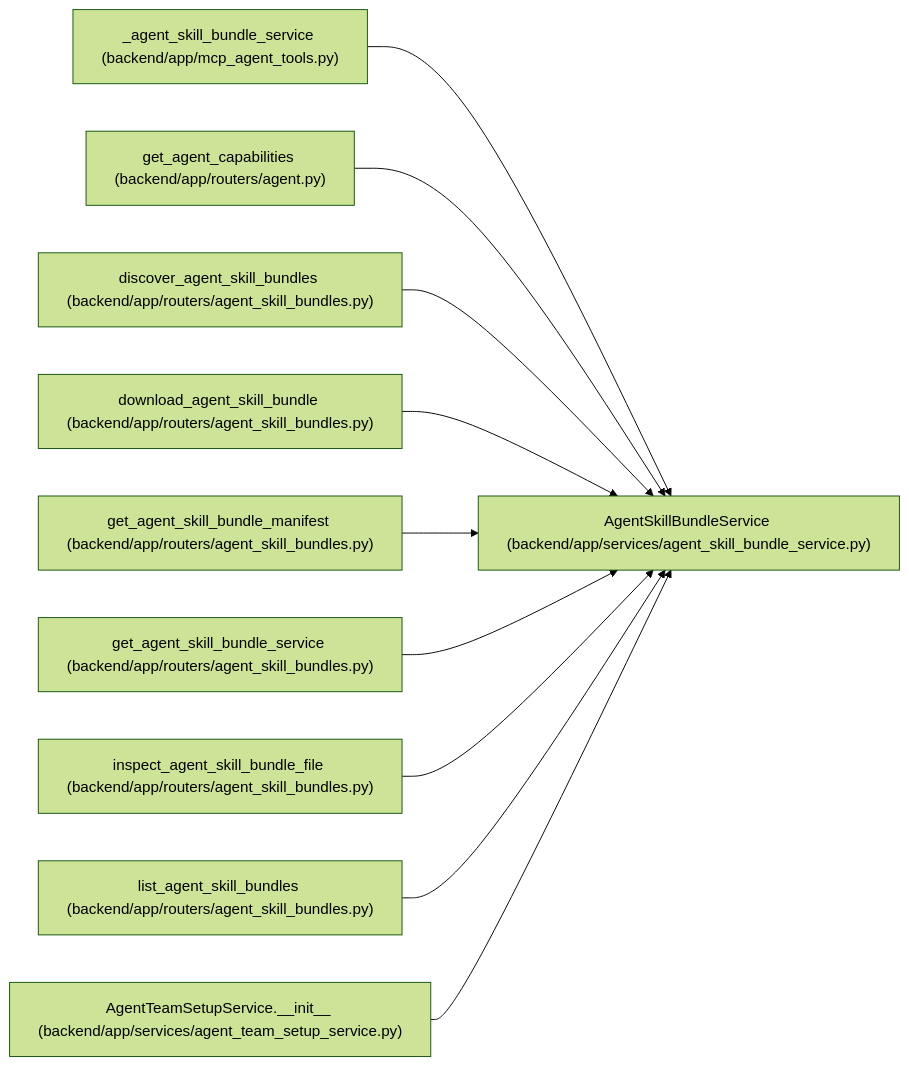
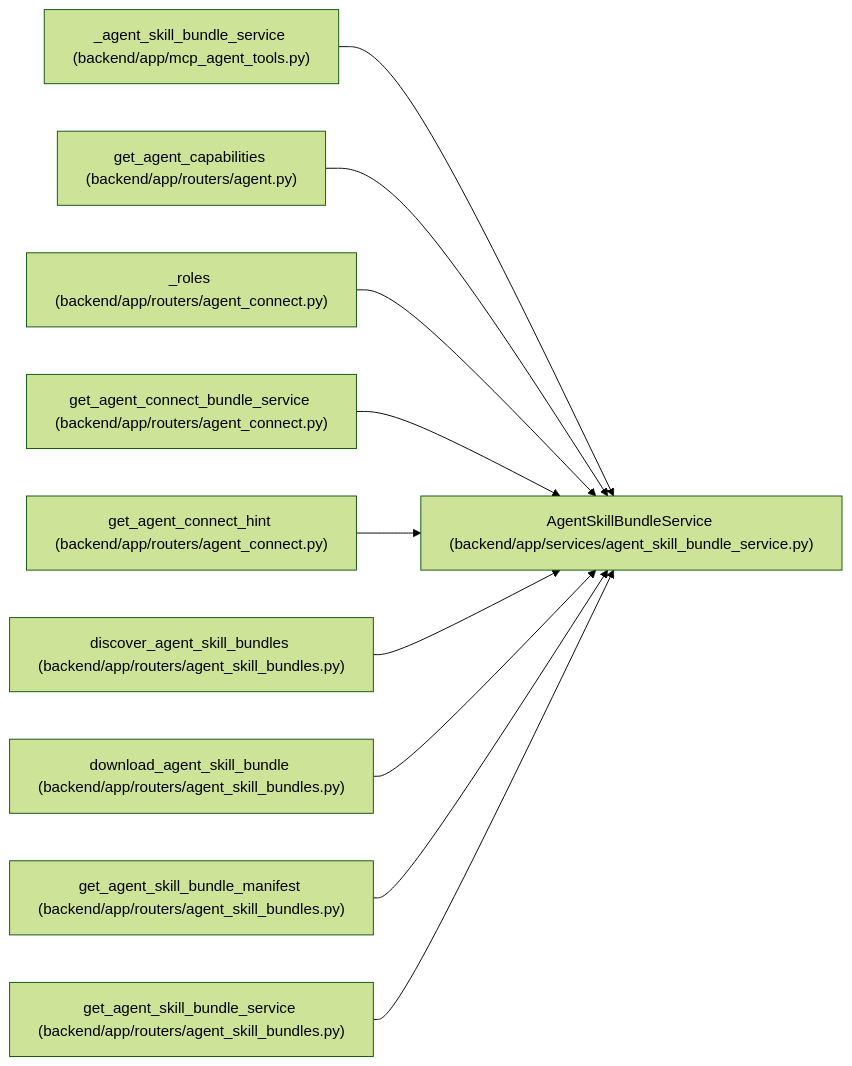
The diagram in docs/llm_wiki/entities/AgentSkillBundleService.md (Denissvgn/WorkChord), drawn with Mermaid (forest theme) before and after one commit. The commit also changed other lines of this file and 732 other files, not shown here.

Commit message:
docs(wiki): refresh for agent key delivery and the connect hint

````diff
--- a/docs/llm_wiki/entities/AgentSkillBundleService.md
+++ b/docs/llm_wiki/entities/AgentSkillBundleService.md
@@ -51,32 +51,32 @@
 ```mermaid
 flowchart LR
     n0["AgentSkillBundleService (backend/app/services/agent_skill_bundle_service.py)"]
     n1["_agent_skill_bundle_service (backend/app/mcp_agent_tools.py)"]
     n2["get_agent_capabilities (backend/app/routers/agent.py)"]
-    n3["discover_agent_skill_bundles (backend/app/routers/agent_skill_bundles.py)"]
-    n4["download_agent_skill_bundle (backend/app/routers/agent_skill_bundles.py)"]
-    n5["get_agent_skill_bundle_manifest (backend/app/routers/agent_skill_bundles.py)"]
-    n6["get_agent_skill_bundle_service (backend/app/routers/agent_skill_bundles.py)"]
-    n7["inspect_agent_skill_bundle_file (backend/app/routers/agent_skill_bundles.py)"]
-    n8["list_agent_skill_bundles (backend/app/routers/agent_skill_bundles.py)"]
-    n9["AgentTeamSetupService.__init__ (backend/app/services/agent_team_setup_service.py)"]
+    n3["_roles (backend/app/routers/agent_connect.py)"]
+    n4["get_agent_connect_bundle_service (backend/app/routers/agent_connect.py)"]
+    n5["get_agent_connect_hint (backend/app/routers/agent_connect.py)"]
+    n6["discover_agent_skill_bundles (backend/app/routers/agent_skill_bundles.py)"]
+    n7["download_agent_skill_bundle (backend/app/routers/agent_skill_bundles.py)"]
+    n8["get_agent_skill_bundle_manifest (backend/app/routers/agent_skill_bundles.py)"]
+    n9["get_agent_skill_bundle_service (backend/app/routers/agent_skill_bundles.py)"]
     n1 --> n0
     n2 --> n0
     n3 --> n0
     n4 --> n0
     n5 --> n0
     n6 --> n0
     n7 --> n0
     n8 --> n0
     n9 --> n0
     click n0 "../modules/agent_skill_bundle_service.md"
     click n1 "../modules/mcp_agent_tools.md"
     click n2 "../modules/routers_agent.md"
-    click n3 "../modules/agent_skill_bundles.md"
-    click n4 "../modules/agent_skill_bundles.md"
-    click n5 "../modules/agent_skill_bundles.md"
+    click n3 "../modules/routers_agent_connect.md"
+    click n4 "../modules/routers_agent_connect.md"
+    click n5 "../modules/routers_agent_connect.md"
     click n6 "../modules/agent_skill_bundles.md"
     click n7 "../modules/agent_skill_bundles.md"
     click n8 "../modules/agent_skill_bundles.md"
-    click n9 "../modules/agent_team_setup_service.md"
+    click n9 "../modules/agent_skill_bundles.md"
 ```
````
